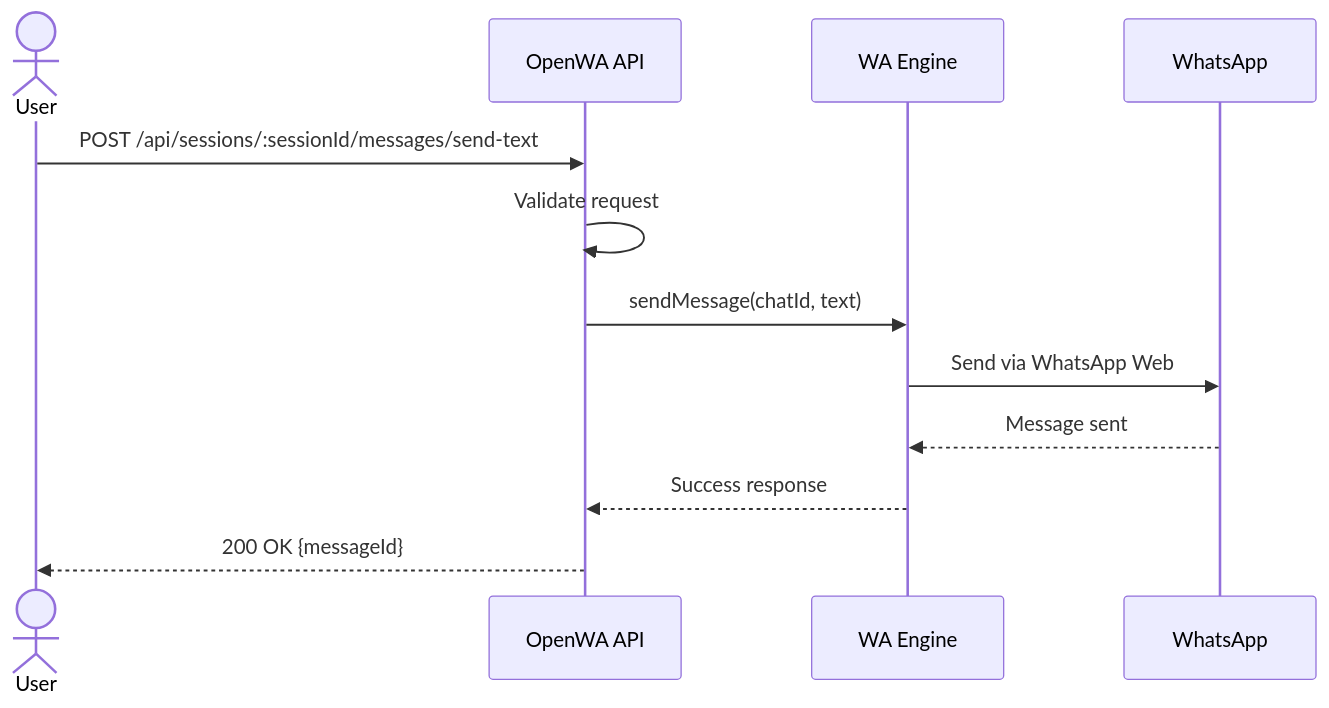
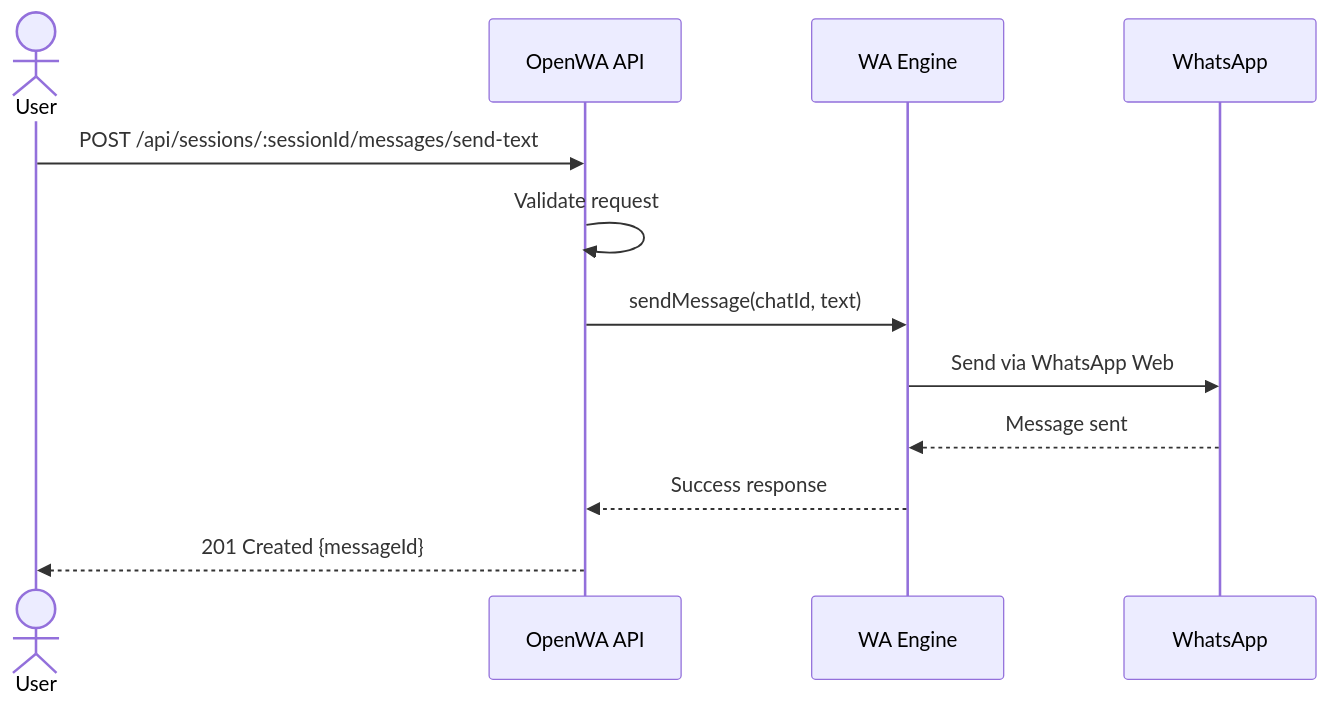
Before and after one commit to nourayman21k/OpenWA: diagram 11 of 13 in docs/02-requirements-specification.md, drawn with Mermaid. The commit also changed other lines of this file and 12 other files, not shown here.

````diff
--- a/docs/02-requirements-specification.md
+++ b/docs/02-requirements-specification.md
@@ -378,15 +378,15 @@
 ```mermaid
 sequenceDiagram
     actor User
     participant API as OpenWA API
     participant Engine as WA Engine
     participant WA as WhatsApp
     
     User->>API: POST /api/sessions/:sessionId/messages/send-text
     API->>API: Validate request
     API->>Engine: sendMessage(chatId, text)
     Engine->>WA: Send via WhatsApp Web
     WA-->>Engine: Message sent
     Engine-->>API: Success response
-    API-->>User: 200 OK {messageId}
+    API-->>User: 201 Created {messageId}
 ```
````
